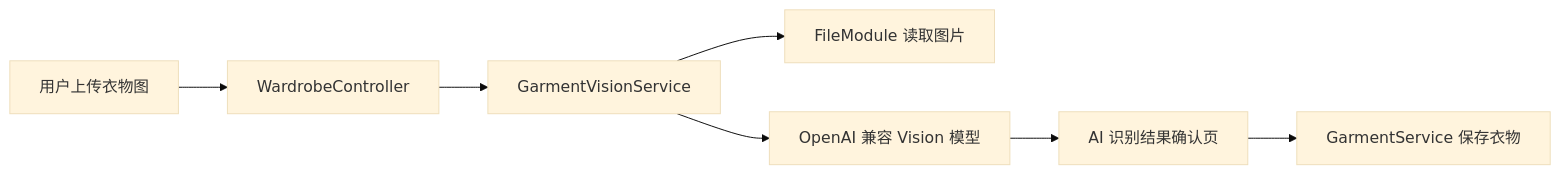
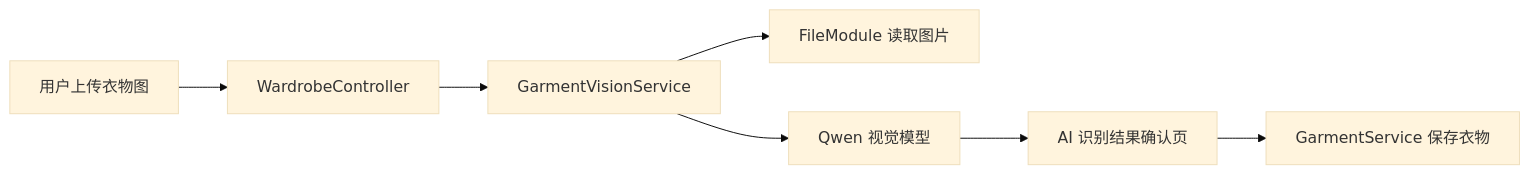
Before and after one commit to kunkunzi996/AI-wardrobe-libre-closet: the sixth of 6 diagrams in docs/ARCHITECTURE_HANDOFF.md, drawn with Mermaid (base theme). The commit also changed other lines of this file and 5 other files, not shown here.

Commit message:
feat: use qwen 3.7 for garment vision

````diff
--- a/docs/ARCHITECTURE_HANDOFF.md
+++ b/docs/ARCHITECTURE_HANDOFF.md
@@ -311,9 +311,9 @@
 ```mermaid
 flowchart LR
   Upload["用户上传衣物图"] --> Wardrobe["WardrobeController"]
   Wardrobe --> Vision["GarmentVisionService"]
   Vision --> File["FileModule 读取图片"]
-  Vision --> OpenAI["OpenAI 兼容 Vision 模型"]
-  OpenAI --> Confirm["AI 识别结果确认页"]
+  Vision --> Qwen["Qwen 视觉模型"]
+  Qwen --> Confirm["AI 识别结果确认页"]
   Confirm --> Garment["GarmentService 保存衣物"]
 ```
````
